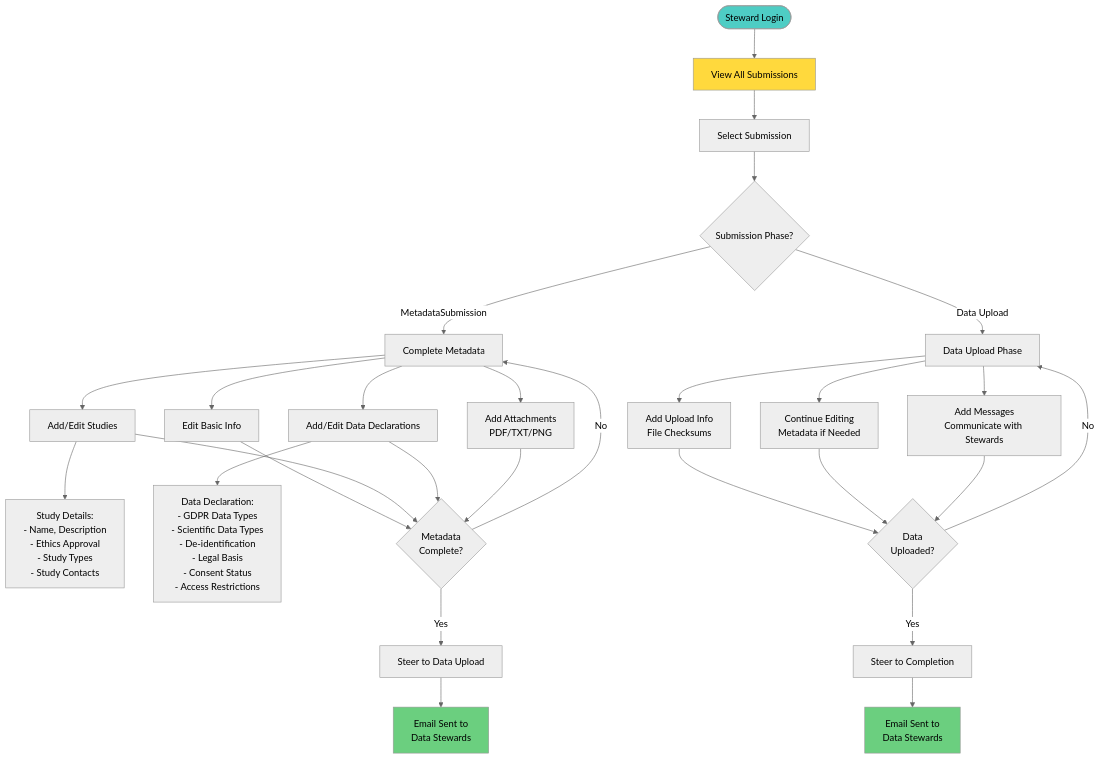
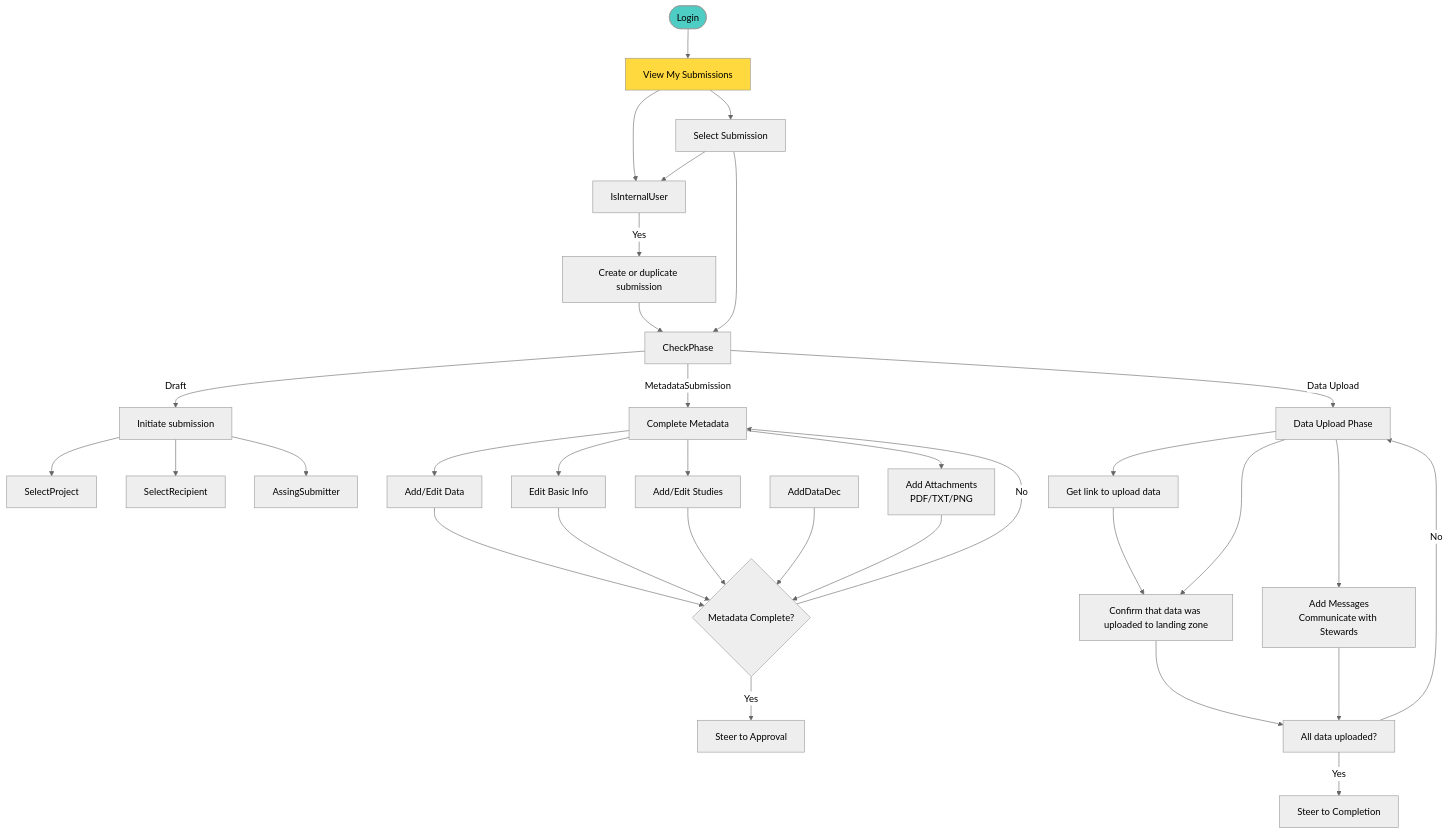
One commit to elixir-luxembourg/dss changed the second of 2 diagrams in docs/roles.md. Above: the diagram before and after it, drawn with Mermaid (neutral theme). The commit also changed other lines of this file and 13 other files, not shown here.

````diff
--- a/docs/roles.md
+++ b/docs/roles.md
@@ -54,46 +58,49 @@
 ```mermaid
 flowchart TD
-    Start([Steward Login]) --> MySubmissions[View All Submissions]
+    Start([Login]) --> MySubmissions[View My Submissions]
     MySubmissions --> ViewSub[Select Submission]
-    ViewSub --> CheckPhase{Submission Phase?}
+    MySubmissions --> IsInternalUser
+    CreateSubOrDuplicate --> CheckPhase
+    ViewSub --> CheckPhase
+
+    IsInternalUser --> |Yes| CreateSubOrDuplicate[Create or duplicate submission]
+    ViewSub --> IsInternalUser
+
+    CheckPhase --> |Draft| Draft[Initiate submission]
+    Draft --> SelectProject
+    Draft --> SelectRecipient
+    Draft --> AssingSubmitter
 
     CheckPhase --> |MetadataSubmission| MetadataPhase[Complete Metadata]
 
+
     MetadataPhase --> EditBasic[Edit Basic Info]
     MetadataPhase --> AddStudy[Add/Edit Studies]
-    MetadataPhase --> AddDataDec[Add/Edit Data Declarations]
+    MetadataPhase --> AddData[Add/Edit Data]
     MetadataPhase --> AddAttach[Add Attachments\nPDF/TXT/PNG]
 
-    AddStudy --> StudyDetails[Study Details:\n- Name, Description\n- Ethics Approval\n- Study Types\n- Study Contacts]
+    AddData --> ReadyMeta
 
-    AddDataDec --> DataDecDetails[Data Declaration:\n- GDPR Data Types\n- Scientific Data Types\n- De-identification\n- Legal Basis\n- Consent Status\n- Access Restrictions]
-
-    EditBasic --> ReadyMeta{Metadata\nComplete?}
+    EditBasic --> ReadyMeta{Metadata Complete?}
     AddStudy --> ReadyMeta
     AddDataDec --> ReadyMeta
     AddAttach --> ReadyMeta
 
-    ReadyMeta --> |Yes| SteerToUpload[Steer to Data Upload]
+    ReadyMeta --> |Yes| SteerToApproval[Steer to Approval]
     ReadyMeta --> |No| MetadataPhase
 
     CheckPhase --> |Data Upload| UploadPhase[Data Upload Phase]
 
-    UploadPhase --> AddChecksum[Add Upload Info\nFile Checksums]
-    UploadPhase --> ContinueEdit[Continue Editing\nMetadata if Needed]
+    UploadPhase --> GetUploadLink[Get link to upload data]
     UploadPhase --> AddMsg[Add Messages\nCommunicate with Stewards]
-
-    AddChecksum --> ReadyComplete{Data\nUploaded?}
-    ContinueEdit --> ReadyComplete
+    GetUploadLink --> ConfirmDataUploadOver
+    UploadPhase --> ConfirmDataUploadOver[Confirm that data was uploaded to landing zone]
+    ConfirmDataUploadOver --> ReadyComplete[All data uploaded?]
     AddMsg --> ReadyComplete
 
     ReadyComplete --> |Yes| SteerToComplete[Steer to Completion]
     ReadyComplete --> |No| UploadPhase
 
-    SteerToUpload --> EmailSent1[Email Sent to\nData Stewards]
-    SteerToComplete --> EmailSent2[Email Sent to\nData Stewards]
-
     style Start fill:#4ecdc4
     style MySubmissions fill:#ffd93d
-    style EmailSent1 fill:#6bcf7f
-    style EmailSent2 fill:#6bcf7f
 ```
````
